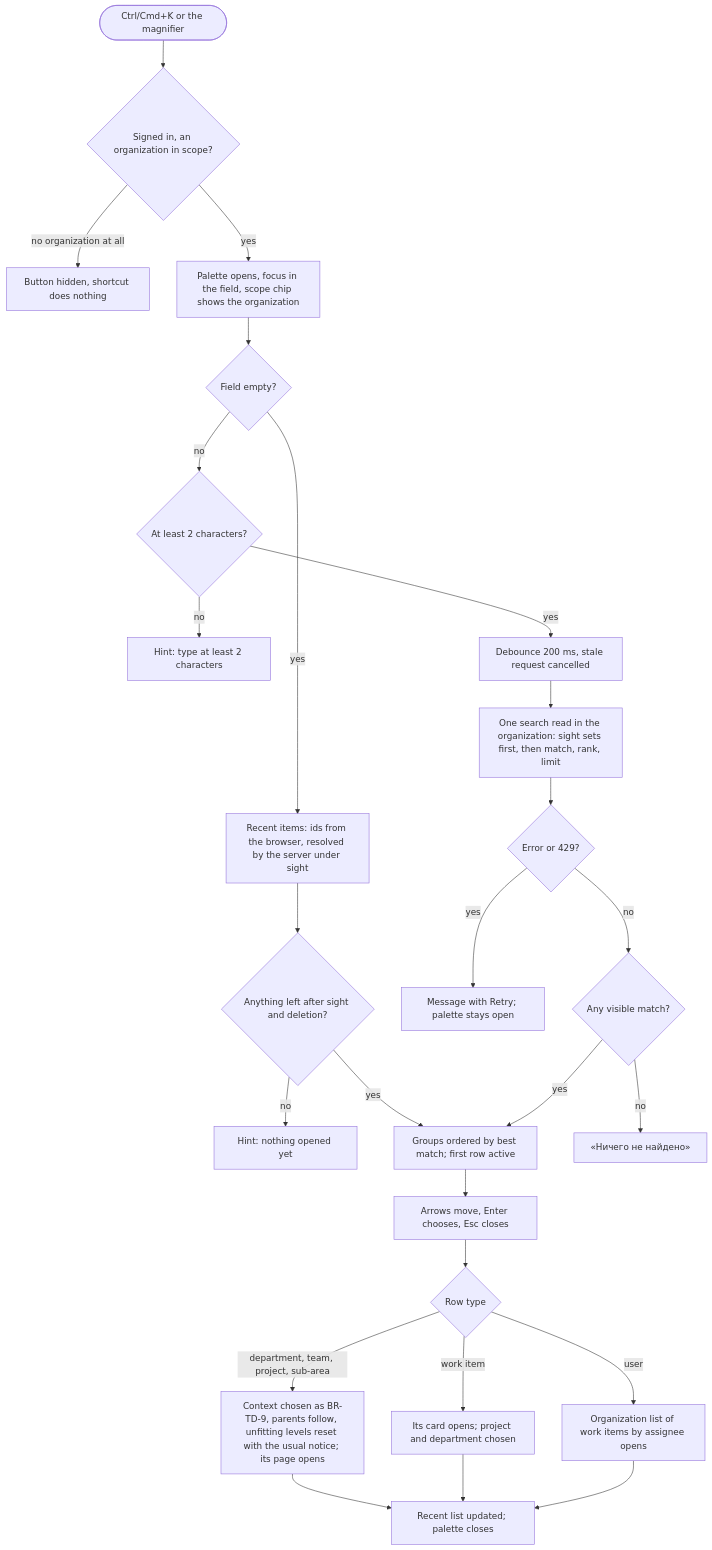
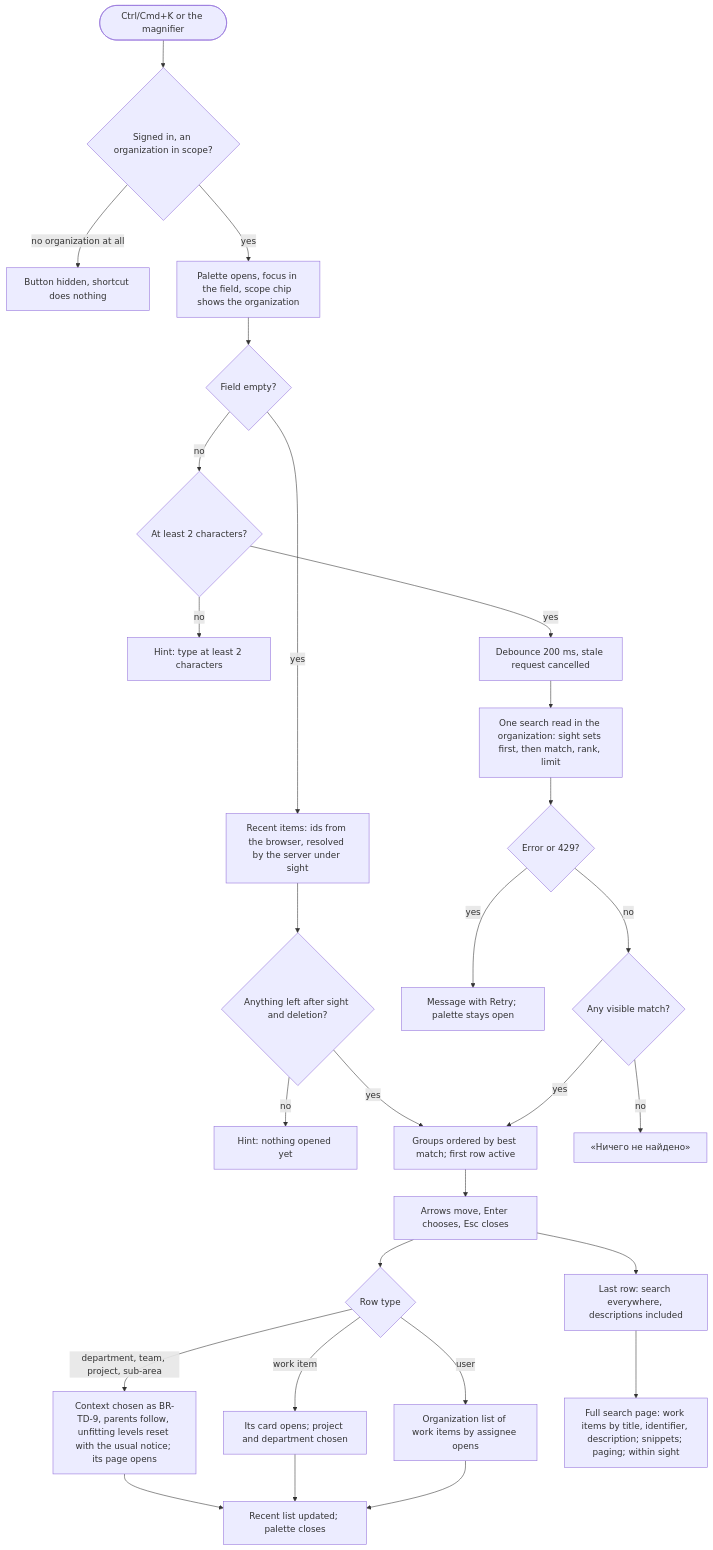
One commit to totKtoXam/mustask changed the diagram in docs/features/feat-065-global-search/spec.md. Above: the diagram before and after it, drawn with Mermaid. The commit also changed other lines of this file and 4 other files, not shown here.

Commit message:
feat(search): gate-1 decisions, full search page US-7 (feat-065)

````diff
--- a/docs/features/feat-065-global-search/spec.md
+++ b/docs/features/feat-065-global-search/spec.md
@@ -34,28 +35,30 @@
 ```mermaid
 flowchart TD
     O([Ctrl/Cmd+K or the magnifier]) --> M{Signed in, an organization in scope?}
     M -->|no organization at all| M0[Button hidden, shortcut does nothing]
     M -->|yes| P[Palette opens, focus in the field, scope chip shows the organization]
     P --> F{Field empty?}
     F -->|yes| R[Recent items: ids from the browser, resolved by the server under sight]
     R --> R1{Anything left after sight and deletion?}
     R1 -->|no| R2[Hint: nothing opened yet]
     R1 -->|yes| L
     F -->|no| Q{At least 2 characters?}
     Q -->|no| Q0[Hint: type at least 2 characters]
     Q -->|yes| D[Debounce 200 ms, stale request cancelled]
     D --> S[One search read in the organization: sight sets first, then match, rank, limit]
     S --> E{Error or 429?}
     E -->|yes| E0[Message with Retry; palette stays open]
     E -->|no| G{Any visible match?}
     G -->|no| G0[«Ничего не найдено»]
     G -->|yes| L[Groups ordered by best match; first row active]
     L --> K[Arrows move, Enter chooses, Esc closes]
     K --> C{Row type}
     C -->|department, team, project, sub-area| C1[Context chosen as BR-TD-9, parents follow, unfitting levels reset with the usual notice; its page opens]
     C -->|work item| C2[Its card opens; project and department chosen]
     C -->|user| C3[Organization list of work items by assignee opens]
+    K --> FS[Last row: search everywhere, descriptions included]
+    FS --> FP[Full search page: work items by title, identifier, description; snippets; paging; within sight]
     C1 --> Z[Recent list updated; palette closes]
     C2 --> Z
     C3 --> Z
 ```
````
